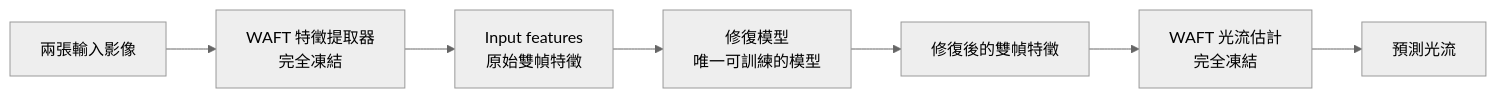
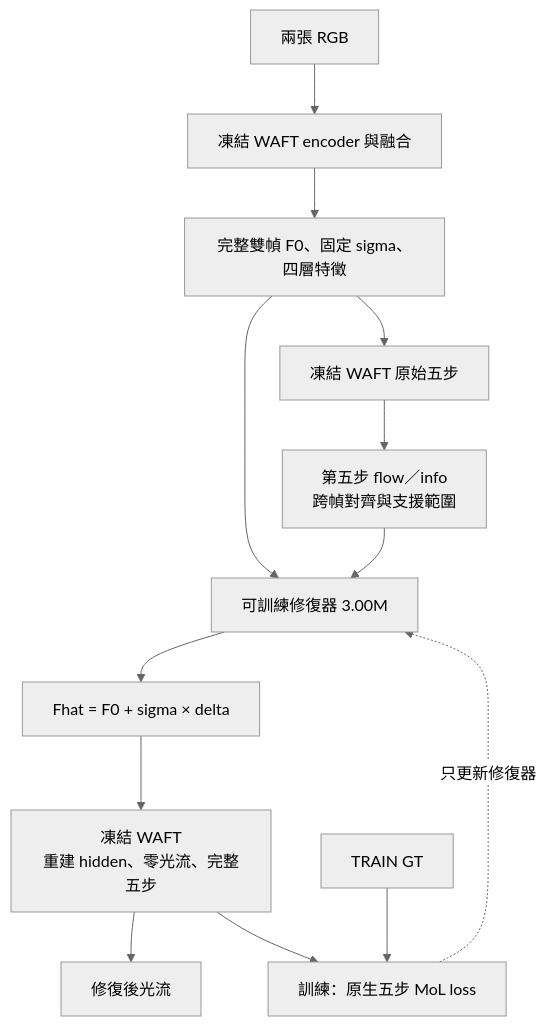
One commit to cactus8603/roco_main changed the diagram in README.md. Above: the diagram before and after it, drawn with Mermaid (neutral theme). The commit also changed other lines of this file and 42 other files, not shown here.

First line of the commit message:
Publish motion-aligned WAFT repair training and inference pipeline

````diff
--- a/README.md
+++ b/README.md
@@ -9,9 +10,15 @@
 ```mermaid
-flowchart LR
-    images[兩張輸入影像] --> encoder[WAFT 特徵提取器<br/>完全凍結]
-    encoder --> input[Input features<br/>原始雙幀特徵]
-    input --> repair[修復模型<br/>唯一可訓練的模型]
-    repair --> repaired[修復後的雙幀特徵]
-    repaired --> flow[WAFT 光流估計<br/>完全凍結]
-    flow --> output[預測光流]
+flowchart TD
+    rgb[兩張 RGB] --> prefix[凍結 WAFT encoder 與融合]
+    prefix --> features[完整雙幀 F0、固定 sigma、四層特徵]
+    features --> baseline[凍結 WAFT 原始五步]
+    baseline --> prior[第五步 flow／info<br/>跨幀對齊與支援範圍]
+    features --> repair[可訓練修復器 3.00M]
+    prior --> repair
+    repair --> repaired[Fhat = F0 + sigma × delta]
+    repaired --> consumer[凍結 WAFT<br/>重建 hidden、零光流、完整五步]
+    consumer --> flow[修復後光流]
+    consumer --> loss[訓練：原生五步 MoL loss]
+    gt[TRAIN GT] --> loss
+    loss -. 只更新修復器 .-> repair
 ```
````
